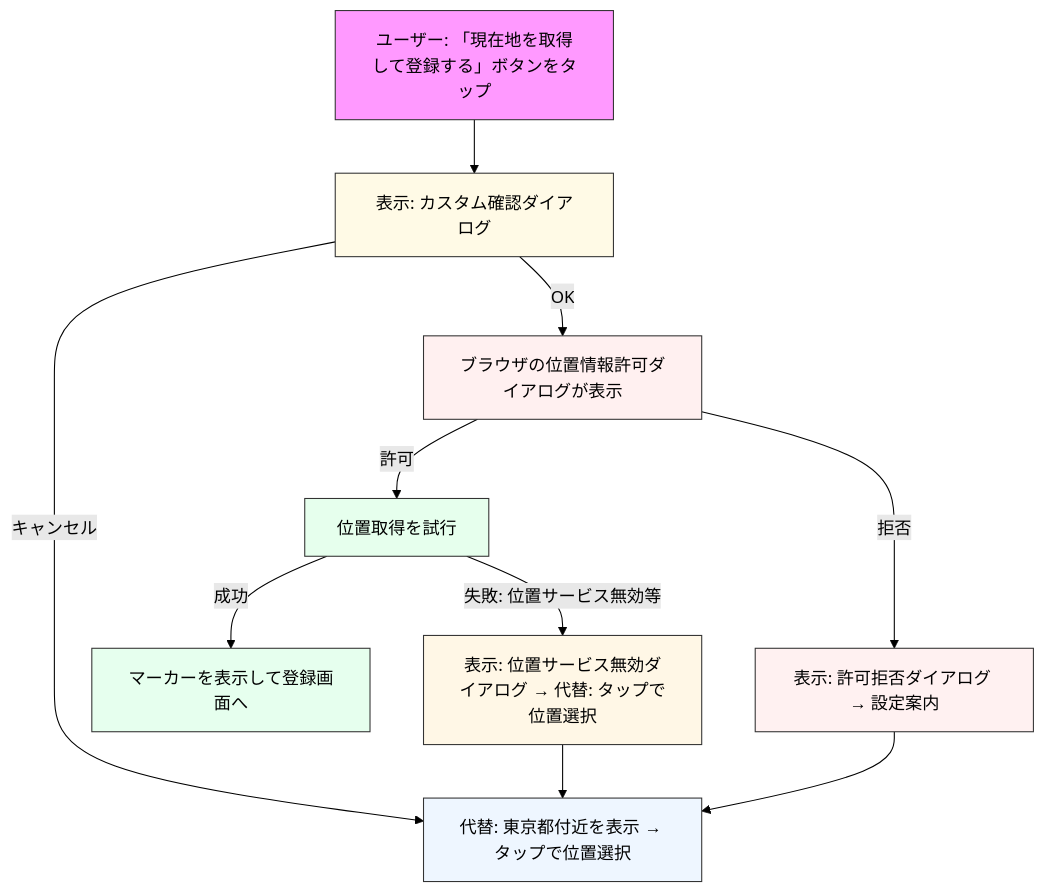
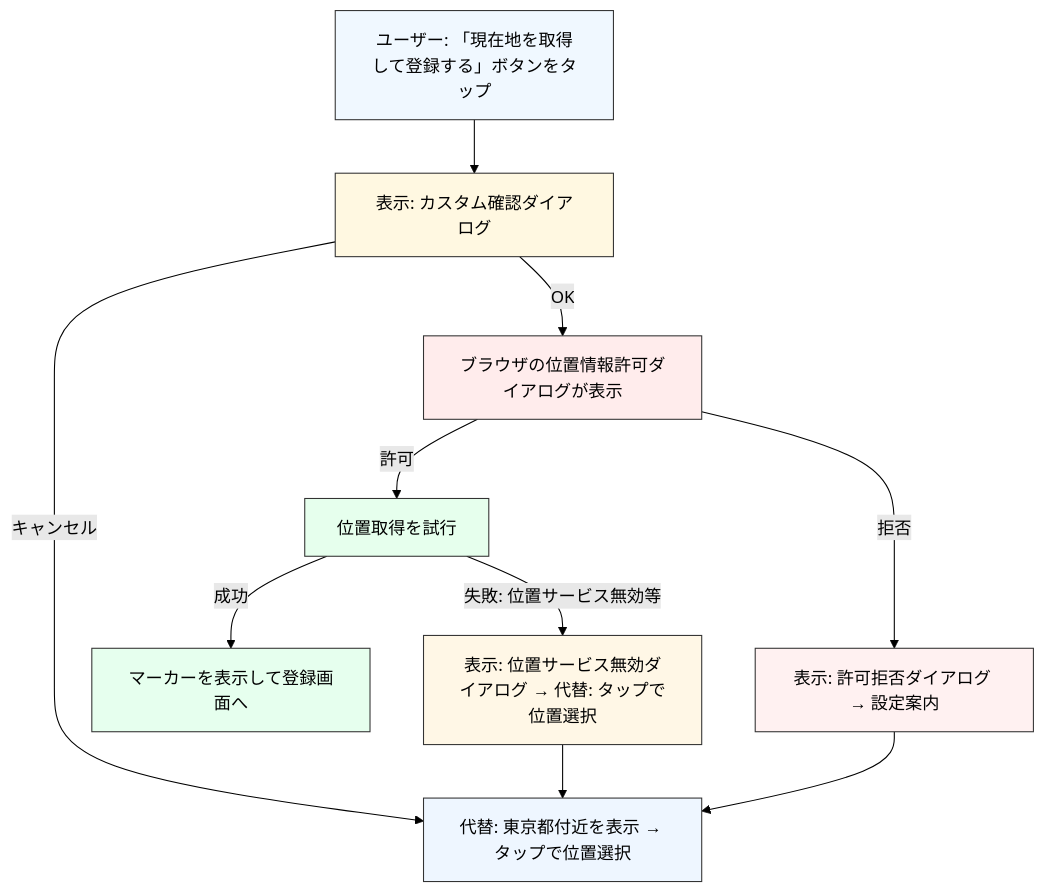
Before and after one commit to caerux-yoshida/mockupsGeoTrack: the diagram in README.md, drawn with Mermaid (forest theme).

Commit message:
style: README Mermaid の配色を可読性向上のため修正
- フローチャート各ノードに明示的な背景色と文字色を設定
- 可読性改善のための軽微編集

ファイル: README.md

````diff
--- a/README.md
+++ b/README.md
@@ -92,20 +92,20 @@
 ```mermaid
 flowchart TD
    A[ユーザー: 「現在地を取得して登録する」ボタンをタップ] --> B[表示: カスタム確認ダイアログ]
    B -->|キャンセル| F[代替: 東京都付近を表示 → タップで位置選択]
    B -->|OK| C[ブラウザの位置情報許可ダイアログが表示]
    C -->|許可| D[位置取得を試行]
    C -->|拒否| E[表示: 許可拒否ダイアログ → 設定案内]
    D -->|成功| G[マーカーを表示して登録画面へ]
    D -->|失敗: 位置サービス無効等| H[表示: 位置サービス無効ダイアログ → 代替: タップで位置選択]
    E --> F
    H --> F
-   style A fill:#f9f,stroke:#333,stroke-width:1px
-   style B fill:#fffae6,stroke:#333
-   style C fill:#fff0f0,stroke:#333
-   style D fill:#e6ffed,stroke:#333
-   style E fill:#fff1f1,stroke:#333
-   style F fill:#eef6ff,stroke:#333
-   style G fill:#e6ffee,stroke:#333
-   style H fill:#fff7e6,stroke:#333
+   style A fill:#f0f8ff,stroke:#333,stroke-width:1px,color:#000
+   style B fill:#fff8e1,stroke:#333,color:#000
+   style C fill:#ffecec,stroke:#333,color:#000
+   style D fill:#e6ffed,stroke:#333,color:#000
+   style E fill:#fff1f1,stroke:#333,color:#000
+   style F fill:#eef6ff,stroke:#333,color:#000
+   style G fill:#e6ffee,stroke:#333,color:#000
+   style H fill:#fff7e6,stroke:#333,color:#000
 ```
````
